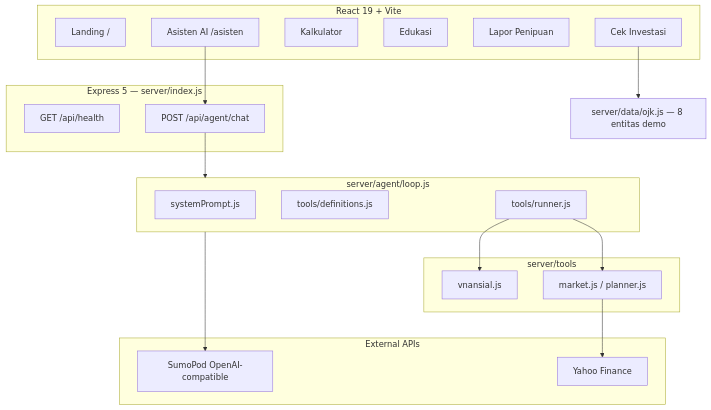
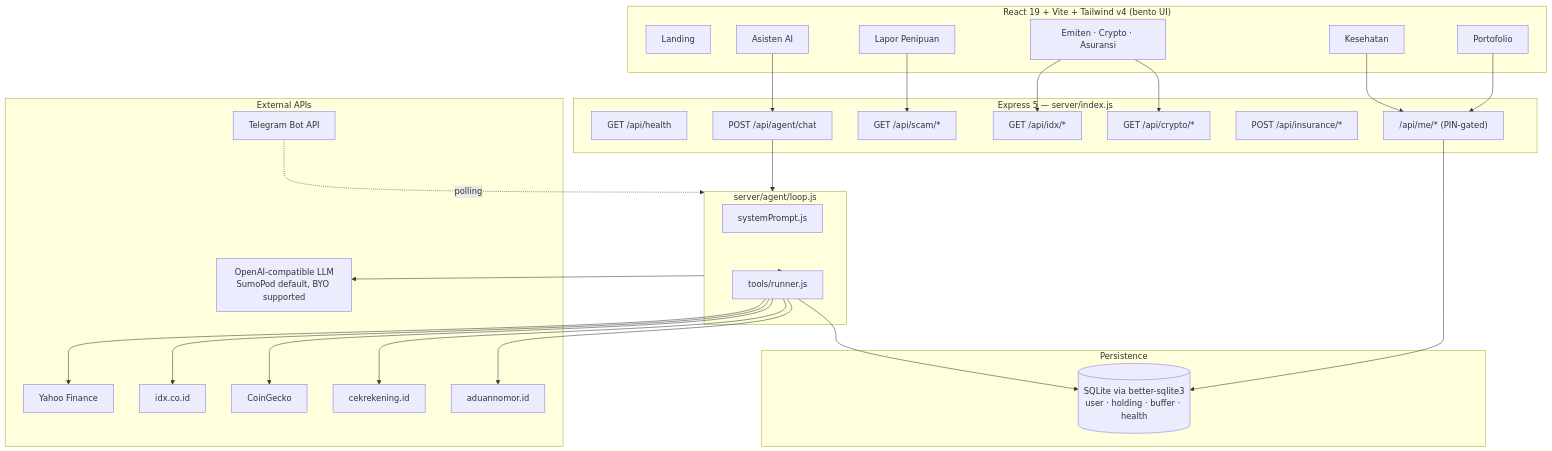
One commit to mukhayyar/OpenClaw2026_BRBSolo_vnansial changed the diagram in README.md. Above: the diagram before and after it, drawn with Mermaid. The commit also changed other lines of this file and 70 other files, not shown here.

````diff
--- a/README.md
+++ b/README.md
@@ -67,40 +63,53 @@
 ```mermaid
 flowchart TB
-  subgraph Frontend["React 19 + Vite"]
-    L[Landing /]
-    C[Cek Investasi]
-    K[Kalkulator]
-    E[Edukasi]
-    P[Lapor Penipuan]
-    A[Asisten AI /asisten]
+  subgraph Frontend["React 19 + Vite + Tailwind v4 (bento UI)"]
+    L[Landing]
+    K[Kesehatan]
+    E[Emiten · Crypto · Asuransi]
+    P[Portofolio]
+    A[Asisten AI]
+    LP[Lapor Penipuan]
   end
 
   subgraph API["Express 5 — server/index.js"]
     H[GET /api/health]
     CH[POST /api/agent/chat]
+    SC[GET /api/scam/*]
+    IDX[GET /api/idx/*]
+    CG[GET /api/crypto/*]
+    INS[POST /api/insurance/*]
+    ME["/api/me/* (PIN-gated)"]
   end
 
   subgraph Agent["server/agent/loop.js"]
     SP[systemPrompt.js]
-    TD[tools/definitions.js]
     TR[tools/runner.js]
   end
 
-  subgraph Tools["server/tools"]
-    V[vnansial.js]
-    M[market.js / planner.js]
+  subgraph Persistence
+    SQ[(SQLite via better-sqlite3<br/>user · holding · buffer · health)]
   end
 
   subgraph External["External APIs"]
-    S[SumoPod OpenAI-compatible]
+    S[OpenAI-compatible LLM<br/>SumoPod default, BYO supported]
     Y[Yahoo Finance]
+    I[idx.co.id]
+    C[CoinGecko]
+    CR[cekrekening.id]
+    AN[aduannomor.id]
+    TG[Telegram Bot API]
   end
 
   A --> CH
   CH --> Agent
-  TR --> V
-  TR --> M
   Agent --> S
-  M --> Y
-  C --> DemoMap[server/data/ojk.js — 8 entitas demo]
+  Agent --> TR
+  TR --> Y & I & C & CR & AN
+  ME --> SQ
+  TR --> SQ
+  P --> ME
+  K --> ME
+  E --> IDX & CG
+  LP --> SC
+  TG -. polling .-> Agent
 ```
````
